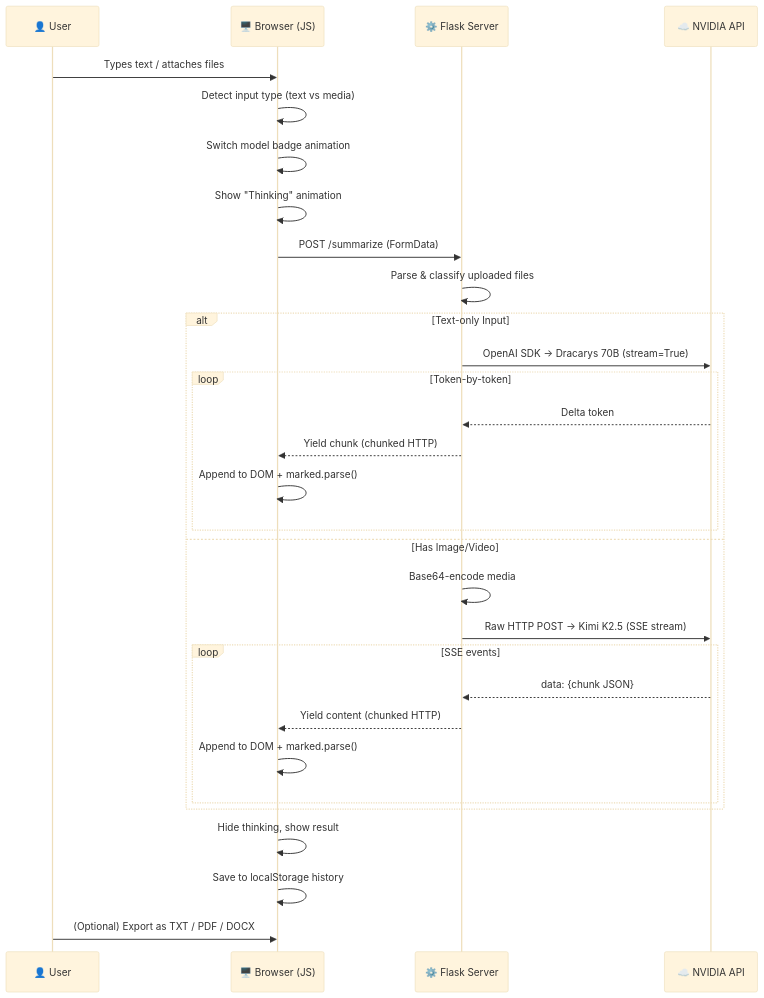
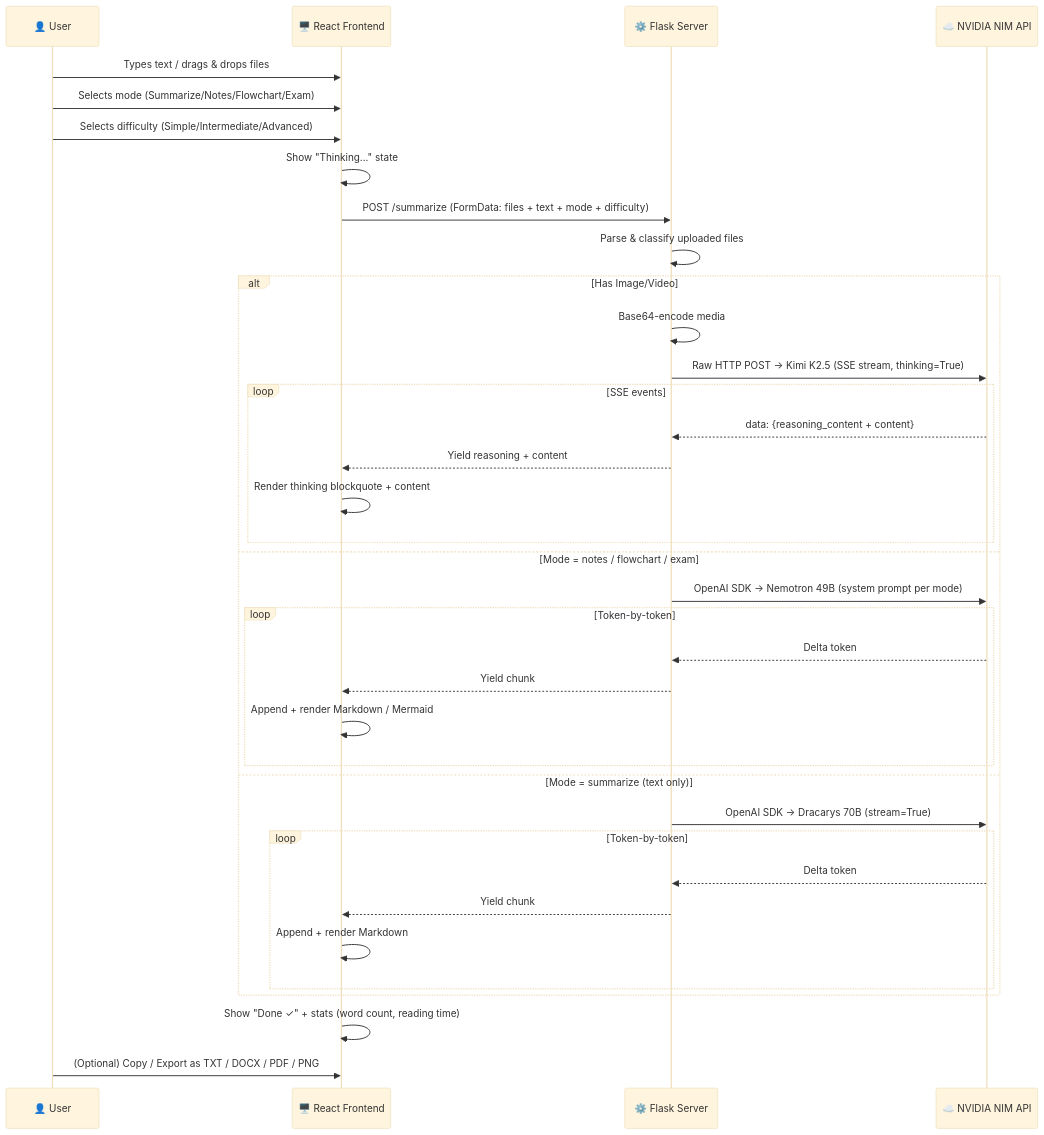
The second of 6 diagrams in architecture_flow.md (Abhishe6611/Text-and-Image-Summerization), drawn with Mermaid (base theme) before and after one commit. The commit also changed other lines of this file and 7 other files, not shown here.

First line of the commit message:
feat: Add tri-model architecture, 4 output modes, Neobrutalist UI overhaul

````diff
--- a/architecture_flow.md
+++ b/architecture_flow.md
@@ -54,35 +62,41 @@
 ```mermaid
 sequenceDiagram
     participant U as 👤 User
-    participant FE as 🖥️ Browser (JS)
+    participant FE as 🖥️ React Frontend
     participant BE as ⚙️ Flask Server
-    participant NV as ☁️ NVIDIA API
+    participant NV as ☁️ NVIDIA NIM API
 
-    U->>FE: Types text / attaches files
-    FE->>FE: Detect input type (text vs media)
-    FE->>FE: Switch model badge animation
-    FE->>FE: Show "Thinking" animation
-    FE->>BE: POST /summarize (FormData)
+    U->>FE: Types text / drags & drops files
+    U->>FE: Selects mode (Summarize/Notes/Flowchart/Exam)
+    U->>FE: Selects difficulty (Simple/Intermediate/Advanced)
+    FE->>FE: Show "Thinking..." state
+    FE->>BE: POST /summarize (FormData: files + text + mode + difficulty)
     BE->>BE: Parse & classify uploaded files
-    
-    alt Text-only Input
+
+    alt Has Image/Video
+        BE->>BE: Base64-encode media
+        BE->>NV: Raw HTTP POST → Kimi K2.5 (SSE stream, thinking=True)
+        loop SSE events
+            NV-->>BE: data: {reasoning_content + content}
+            BE-->>FE: Yield reasoning + content
+            FE->>FE: Render thinking blockquote + content
+        end
+    else Mode = notes / flowchart / exam
+        BE->>NV: OpenAI SDK → Nemotron 49B (system prompt per mode)
+        loop Token-by-token
+            NV-->>BE: Delta token
+            BE-->>FE: Yield chunk
+            FE->>FE: Append + render Markdown / Mermaid
+        end
+    else Mode = summarize (text only)
         BE->>NV: OpenAI SDK → Dracarys 70B (stream=True)
         loop Token-by-token
             NV-->>BE: Delta token
-            BE-->>FE: Yield chunk (chunked HTTP)
-            FE->>FE: Append to DOM + marked.parse()
-        end
-    else Has Image/Video
-        BE->>BE: Base64-encode media
-        BE->>NV: Raw HTTP POST → Kimi K2.5 (SSE stream)
-        loop SSE events
-            NV-->>BE: data: {chunk JSON}
-            BE-->>FE: Yield content (chunked HTTP)
-            FE->>FE: Append to DOM + marked.parse()
+            BE-->>FE: Yield chunk
+            FE->>FE: Append + render Markdown
         end
     end
 
-    FE->>FE: Hide thinking, show result
-    FE->>FE: Save to localStorage history
-    U->>FE: (Optional) Export as TXT / PDF / DOCX
+    FE->>FE: Show "Done ✓" + stats (word count, reading time)
+    U->>FE: (Optional) Copy / Export as TXT / DOCX / PDF / PNG
 ```
````
